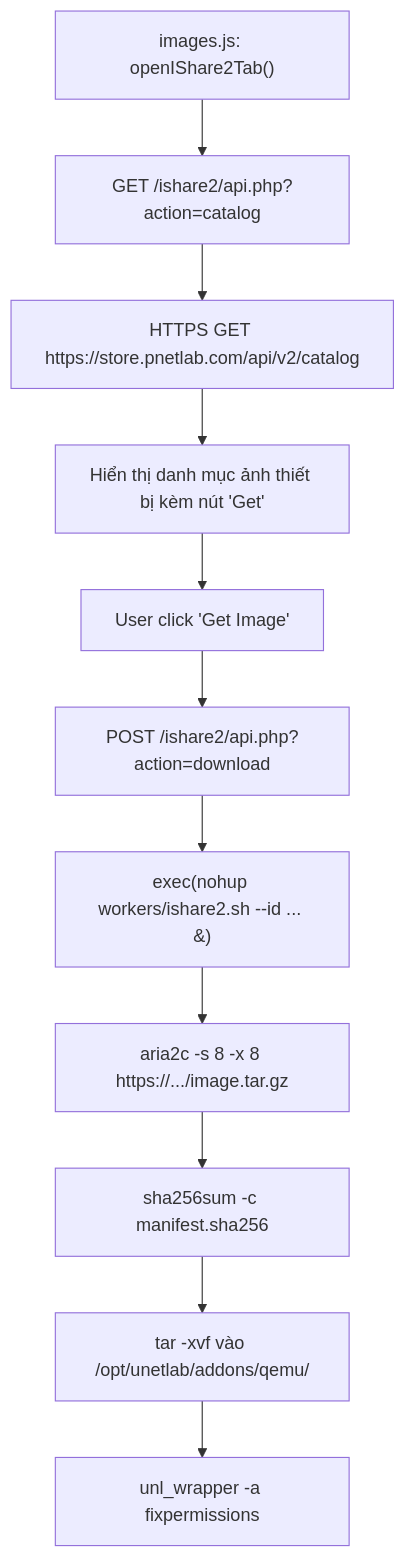
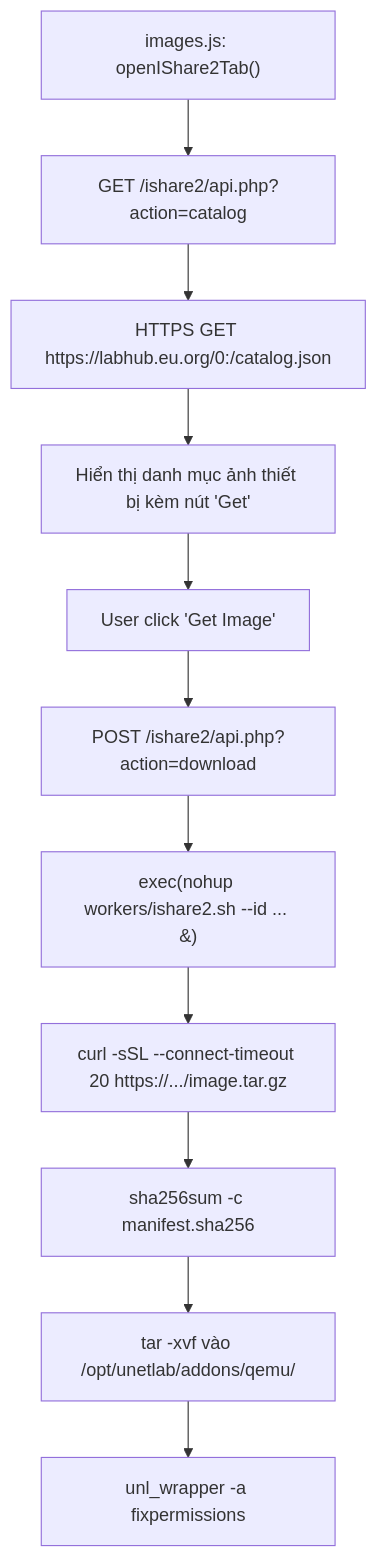
Before and after one commit to Luuxinhxinh/pnet-v8: the diagram in docs/03-diagrams/f51-ishare2-cloud-store-callgraph.md, drawn with Mermaid. The commit also changed 6 other files, not shown here.

````diff
--- a/docs/03-diagrams/f51-ishare2-cloud-store-callgraph.md
+++ b/docs/03-diagrams/f51-ishare2-cloud-store-callgraph.md
@@ -9,13 +9,13 @@
 ```mermaid
 graph TD
     BROWSE["images.js: openIShare2Tab()"] --> GET_CATALOG["GET /ishare2/api.php?action=catalog"]
-    GET_CATALOG --> CLOUD_REQ["HTTPS GET https://store.pnetlab.com/api/v2/catalog"]
+    GET_CATALOG --> CLOUD_REQ["HTTPS GET https://labhub.eu.org/0:/catalog.json"]
     CLOUD_REQ --> RENDER_GRID["Hiển thị danh mục ảnh thiết bị kèm nút 'Get'"]
     RENDER_GRID --> CLICK_DOWNLOAD["User click 'Get Image'"]
     CLICK_DOWNLOAD --> POST_DL["POST /ishare2/api.php?action=download"]
     POST_DL --> SPAWN_WORKER["exec(nohup workers/ishare2.sh --id ... &)"]
-    SPAWN_WORKER --> ARIA2["aria2c -s 8 -x 8 https://.../image.tar.gz"]
+    SPAWN_WORKER --> ARIA2["curl -sSL --connect-timeout 20 https://.../image.tar.gz"]
     ARIA2 --> SHA256_CHECK["sha256sum -c manifest.sha256"]
     SHA256_CHECK --> UNPACK["tar -xvf vào /opt/unetlab/addons/qemu/"]
     UNPACK --> FIX_PERM["unl_wrapper -a fixpermissions"]
 ```
````
